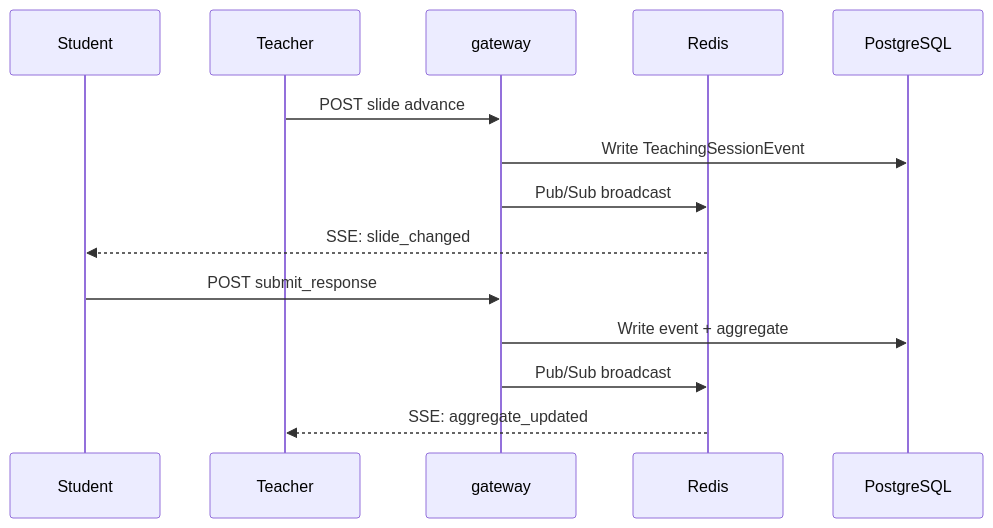
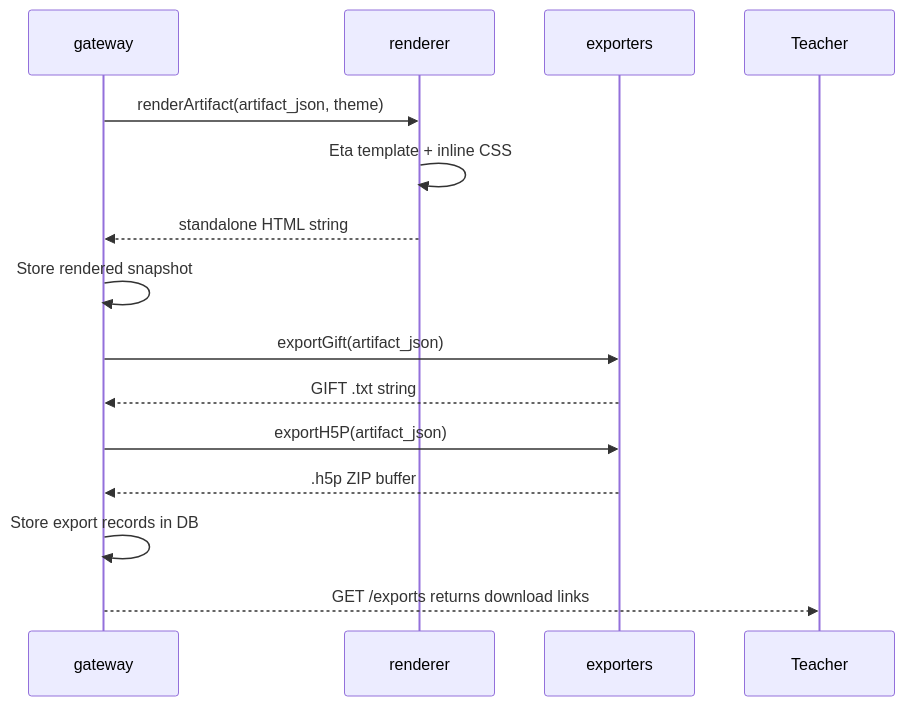
The fifth of 5 diagrams in docs/anatomy/system-diagram.md (maemreyo/oh-my-class), drawn with Mermaid before and after one commit. The commit also changed other lines of this file and 8 other files, not shown here.

````diff
--- a/docs/anatomy/system-diagram.md
+++ b/docs/anatomy/system-diagram.md
@@ -122,17 +174,18 @@
 ```mermaid
 sequenceDiagram
-    participant S as Student
+    participant G as gateway
+    participant R as renderer
+    participant E as exporters
     participant T as Teacher
-    participant G as gateway
-    participant R as Redis
-    participant DB as PostgreSQL
 
-    T->>G: POST slide advance
-    G->>DB: Write TeachingSessionEvent
-    G->>R: Pub/Sub broadcast
-    R-->>S: SSE: slide_changed
-    S->>G: POST submit_response
-    G->>DB: Write event + aggregate
-    G->>R: Pub/Sub broadcast
-    R-->>T: SSE: aggregate_updated
+    G->>R: renderArtifact(artifact_json, theme)
+    R->>R: Eta template + inline CSS
+    R-->>G: standalone HTML string
+    G->>G: Store rendered snapshot
+    G->>E: exportGift(artifact_json)
+    E-->>G: GIFT .txt string
+    G->>E: exportH5P(artifact_json)
+    E-->>G: .h5p ZIP buffer
+    G->>G: Store export records in DB
+    G-->>T: GET /exports returns download links
 ```
````
